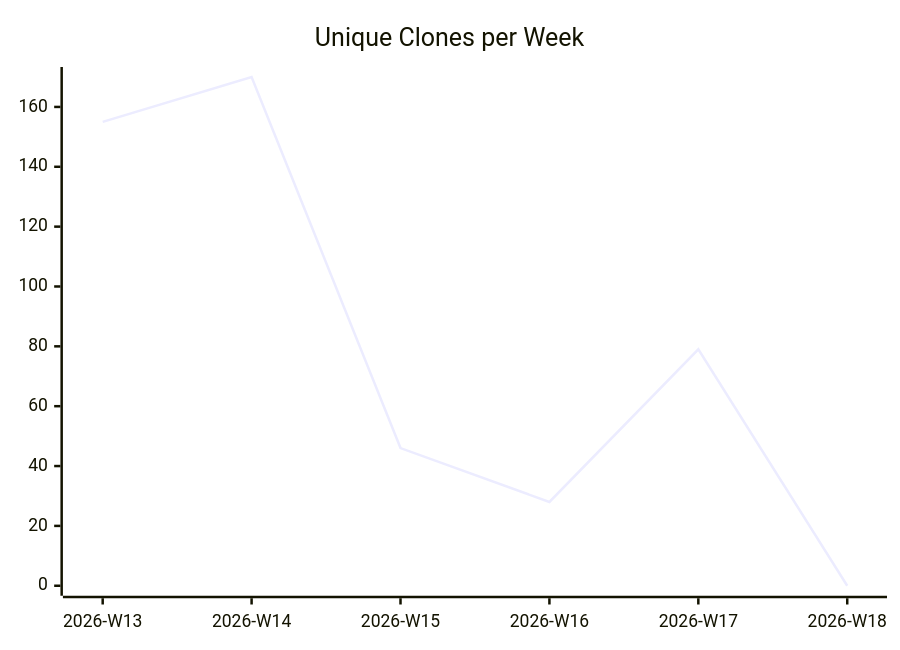
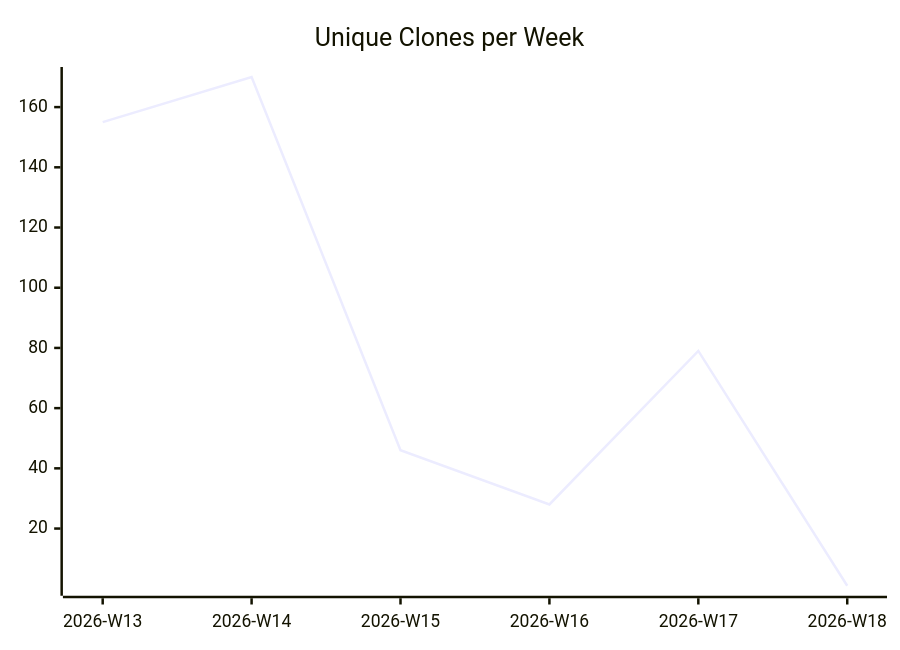
The third of 3 diagrams in karlmdavis/justdavis-finances/README.md (justdavis-family/github-analytics-data), drawn with Mermaid before and after one commit. The commit also changed other lines of this file and 184 other files, not shown here.

````diff
--- a/karlmdavis/justdavis-finances/README.md
+++ b/karlmdavis/justdavis-finances/README.md
@@ -19,6 +19,6 @@
 ```mermaid
 xychart-beta
   title "Unique Clones per Week"
   x-axis ["2026-W13", "2026-W14", "2026-W15", "2026-W16", "2026-W17", "2026-W18"]
-  line [155, 170, 46, 28, 79, 0]
+  line [155, 170, 46, 28, 79, 1]
 ```
````
